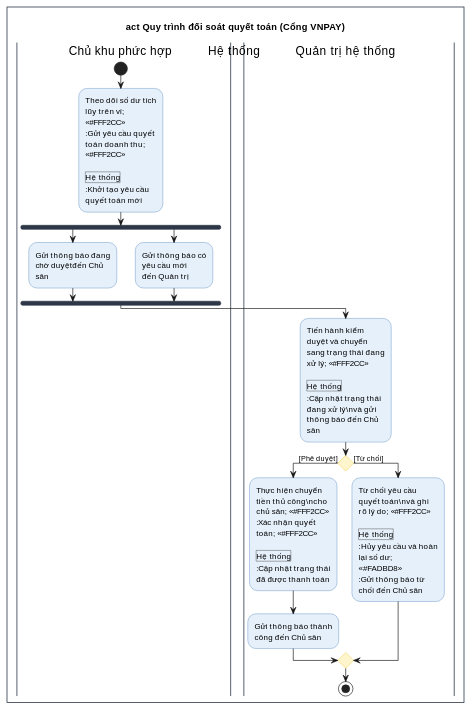
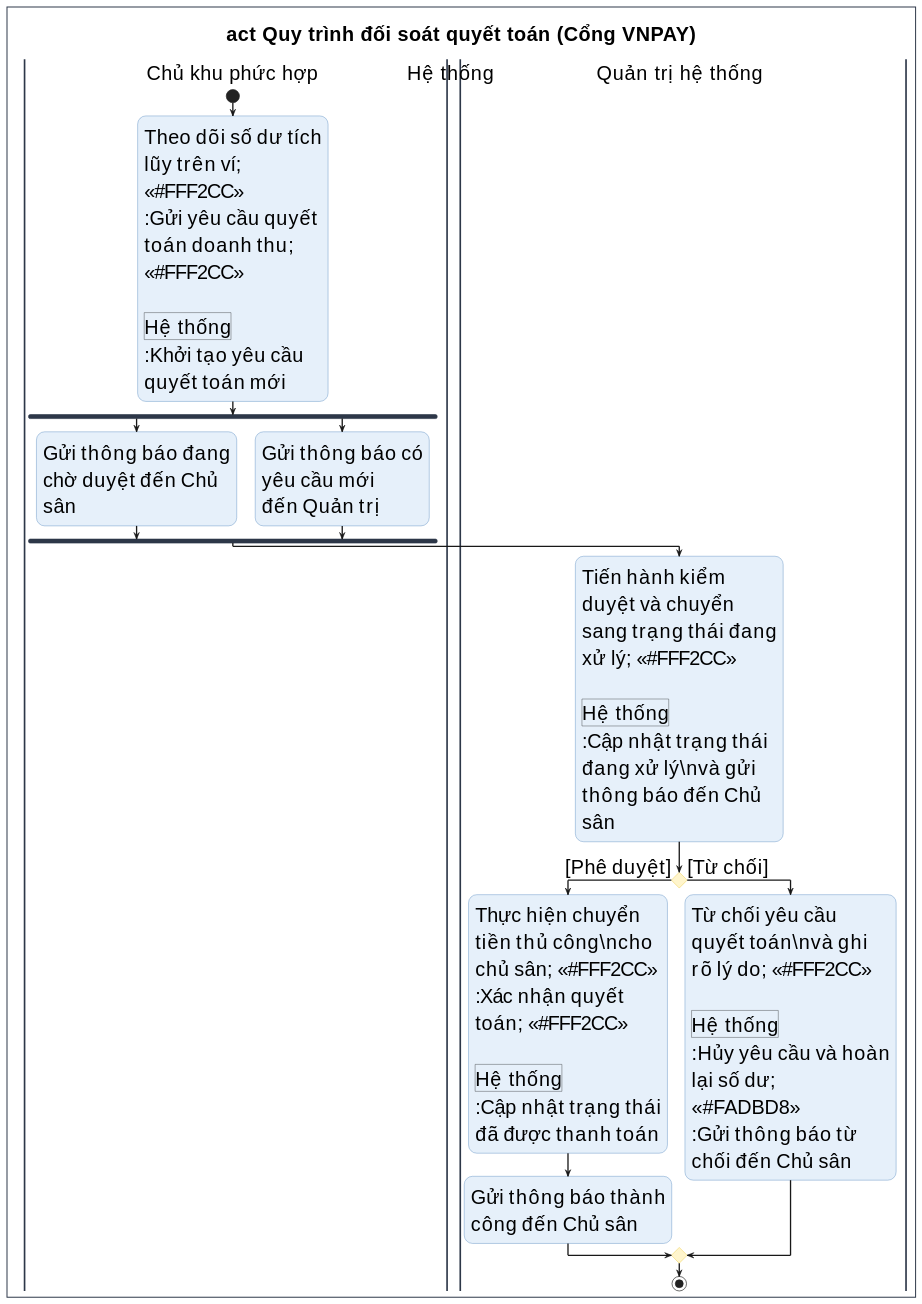
The fourth of 4 diagrams in baocao/Quy trình nghiệp vụ.md (thainvbka/sports-booking-platform), drawn with PlantUML before and after one commit. The commit also changed other lines of this file and 3 other files, not shown here.

````diff
--- a/baocao/Quy trình nghiệp vụ.md
+++ b/baocao/Quy trình nghiệp vụ.md
@@ -316,66 +315,69 @@
 ```plantuml
 @startuml
 skinparam ActivityBorderColor #2B6CB0
 skinparam ActivityBackgroundColor #E6F0FA
 skinparam ActorBorderColor #2D3748
 skinparam ActorBackgroundColor #EDF2F7
 skinparam NoteBackgroundColor #FEFCBF
 skinparam NoteBorderColor #ECC94B
 skinparam StartColor #2E7D32
 skinparam EndColor #C62828
 skinparam ActivityDiamondBackgroundColor #FFF5CC
 skinparam ActivityDiamondBorderColor #E6B800
 skinparam ActivityBarColor #2D3748
 skinparam swimlaneBorderColor #2D3748
-skinparam swimlaneBorderThickness 1.2
+skinparam swimlaneBorderThickness 2.5
 skinparam swimlaneWidth same
 skinparam nodeSep 15
 skinparam rankSep 15
-skinparam wrapWidth 120
+skinparam wrapWidth 300
 skinparam DiagramBorderColor #2D3748
-skinparam DiagramBorderThickness 1.2
+skinparam DiagramBorderThickness 1.5
+skinparam DefaultFontSize 30
+skinparam TitleFontSize 30
+skinparam ArrowThickness 2
 
 title act Quy trình đối soát quyết toán (Cổng VNPAY)
 
 |Chủ khu phức hợp|
 |Hệ thống|
 |Quản trị hệ thống|
 
 |Chủ khu phức hợp|
 start
 :Theo dõi số dư tích lũy trên ví; <<#FFF2CC>>
 :Gửi yêu cầu quyết toán doanh thu; <<#FFF2CC>>
 
 |Hệ thống|
 :Khởi tạo yêu cầu quyết toán mới;
 fork
-  :Gửi thông báo đang chờ duyệtđến Chủ sân;
+  :Gửi thông báo đang chờ duyệt đến Chủ sân;
 fork again
   :Gửi thông báo có yêu cầu mới\nđến Quản trị;
 end fork
 
 |Quản trị hệ thống|
 :Tiến hành kiểm duyệt và chuyển sang trạng thái đang xử lý; <<#FFF2CC>>
 
 |Hệ thống|
 :Cập nhật trạng thái đang xử lý\nvà gửi thông báo đến Chủ sân;
 
 |Quản trị hệ thống|
 if () then ([Phê duyệt])
   :Thực hiện chuyển tiền thủ công\ncho chủ sân; <<#FFF2CC>>
   :Xác nhận quyết toán; <<#FFF2CC>>
   
   |Hệ thống|
   :Cập nhật trạng thái đã được thanh toán;
   :Gửi thông báo thành công đến Chủ sân;
 else ([Từ chối])
   |Quản trị hệ thống|
   :Từ chối yêu cầu quyết toán\nvà ghi rõ lý do; <<#FFF2CC>>
   
   |Hệ thống|
   :Hủy yêu cầu và hoàn lại số dư; <<#FADBD8>>
   :Gửi thông báo từ chối đến Chủ sân;
 endif
 stop
 @enduml
 ```
````
